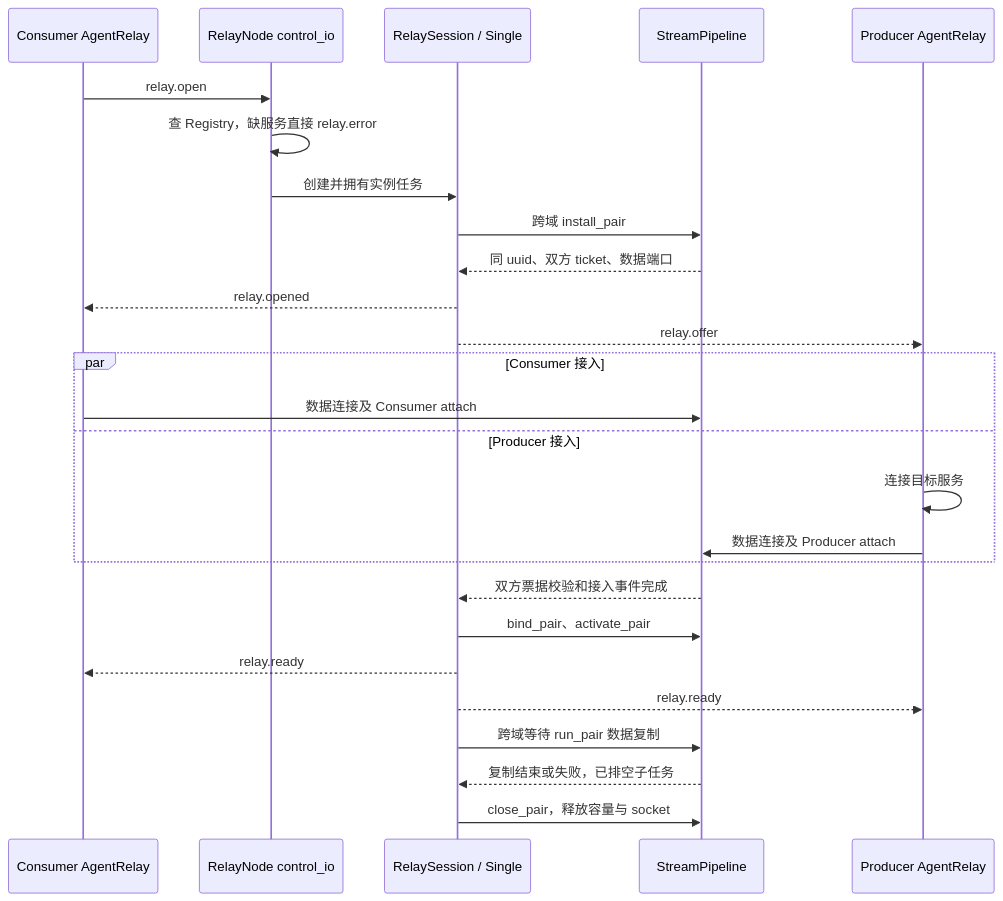
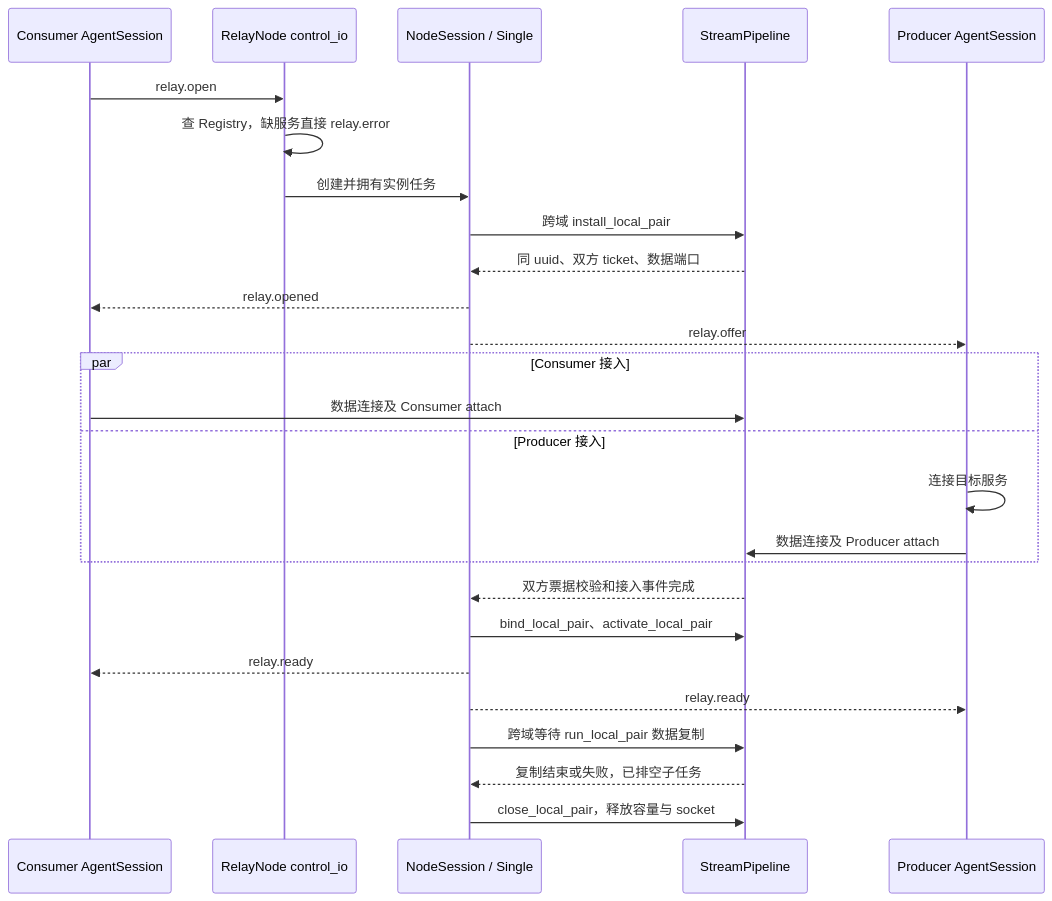
Before and after one commit to Xtinc/relayweave: the ninth of 12 diagrams in docs/RelayWeave设计.md, drawn with Mermaid. The commit also changed other lines of this file and 85 other files, not shown here.

````diff
--- a/docs/RelayWeave设计.md
+++ b/docs/RelayWeave设计.md
@@ -1225,28 +1354,28 @@
 ```mermaid
 sequenceDiagram
-    participant C as Consumer AgentRelay
+    participant C as Consumer AgentSession
     participant N as RelayNode control_io
-    participant R as RelaySession / Single
+    participant R as NodeSession / Single
     participant D as StreamPipeline
-    participant P as Producer AgentRelay
+    participant P as Producer AgentSession
     C->>N: relay.open
     N->>N: 查 Registry，缺服务直接 relay.error
     N->>R: 创建并拥有实例任务
-    R->>D: 跨域 install_pair
+    R->>D: 跨域 install_local_pair
     D-->>R: 同 uuid、双方 ticket、数据端口
     R-->>C: relay.opened
     R-->>P: relay.offer
     par Consumer 接入
         C->>D: 数据连接及 Consumer attach
     and Producer 接入
         P->>P: 连接目标服务
         P->>D: 数据连接及 Producer attach
     end
     D-->>R: 双方票据校验和接入事件完成
-    R->>D: bind_pair、activate_pair
+    R->>D: bind_local_pair、activate_local_pair
     R-->>C: relay.ready
     R-->>P: relay.ready
-    R->>D: 跨域等待 run_pair 数据复制
+    R->>D: 跨域等待 run_local_pair 数据复制
     D-->>R: 复制结束或失败，已排空子任务
-    R->>D: close_pair，释放容量与 socket
+    R->>D: close_local_pair，释放容量与 socket
 ```
````
